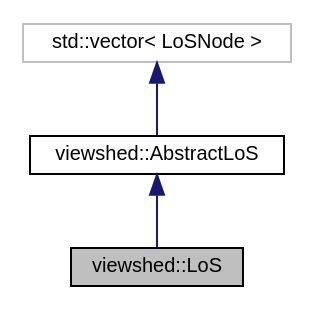
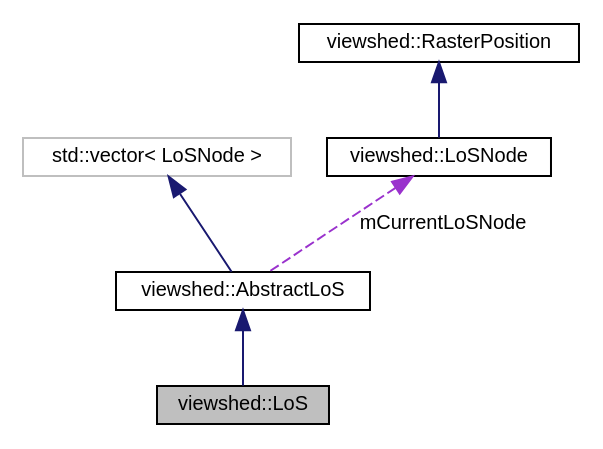
Before and after one commit to JanCaha/cpp-viewshed-library: the diagram in classviewshed_1_1LoS__coll__graph.dot, drawn with Graphviz. The commit also changed 74 other files, not shown here.

```diff
--- a/classviewshed_1_1LoS__coll__graph.dot
+++ b/classviewshed_1_1LoS__coll__graph.dot
@@ -1,11 +1,15 @@
 digraph "viewshed::LoS"
 {
  // LATEX_PDF_SIZE
   edge [fontname="Helvetica",fontsize="10",labelfontname="Helvetica",labelfontsize="10"];
   node [fontname="Helvetica",fontsize="10",shape=record];
   Node1 [label="viewshed::LoS",height=0.2,width=0.4,color="black", fillcolor="grey75", style="filled", fontcolor="black",tooltip="Class that represents LoS for classic Viewshed calculation."];
   Node2 -> Node1 [dir="back",color="midnightblue",fontsize="10",style="solid",fontname="Helvetica"];
   Node2 [label="viewshed::AbstractLoS",height=0.2,width=0.4,color="black", fillcolor="white", style="filled",URL="$classviewshed_1_1AbstractLoS.html",tooltip="Abstract class that represent line-of-sight (LoS). Consists of LoSNodes, view point and target point ..."];
   Node3 -> Node2 [dir="back",color="midnightblue",fontsize="10",style="solid",fontname="Helvetica"];
   Node3 [label="std::vector\< LoSNode \>",height=0.2,width=0.4,color="grey75", fillcolor="white", style="filled",tooltip=" "];
+  Node4 -> Node2 [dir="back",color="darkorchid3",fontsize="10",style="dashed",label=" mCurrentLoSNode" ,fontname="Helvetica"];
+  Node4 [label="viewshed::LoSNode",height=0.2,width=0.4,color="black", fillcolor="white", style="filled",URL="$classviewshed_1_1LoSNode.html",tooltip="Representation of single cell that creates a point on LoS."];
+  Node5 -> Node4 [dir="back",color="midnightblue",fontsize="10",style="solid",fontname="Helvetica"];
+  Node5 [label="viewshed::RasterPosition",height=0.2,width=0.4,color="black", fillcolor="white", style="filled",URL="$classviewshed_1_1RasterPosition.html",tooltip="Class to represent position on raster in term of row and column."];
 }
```
